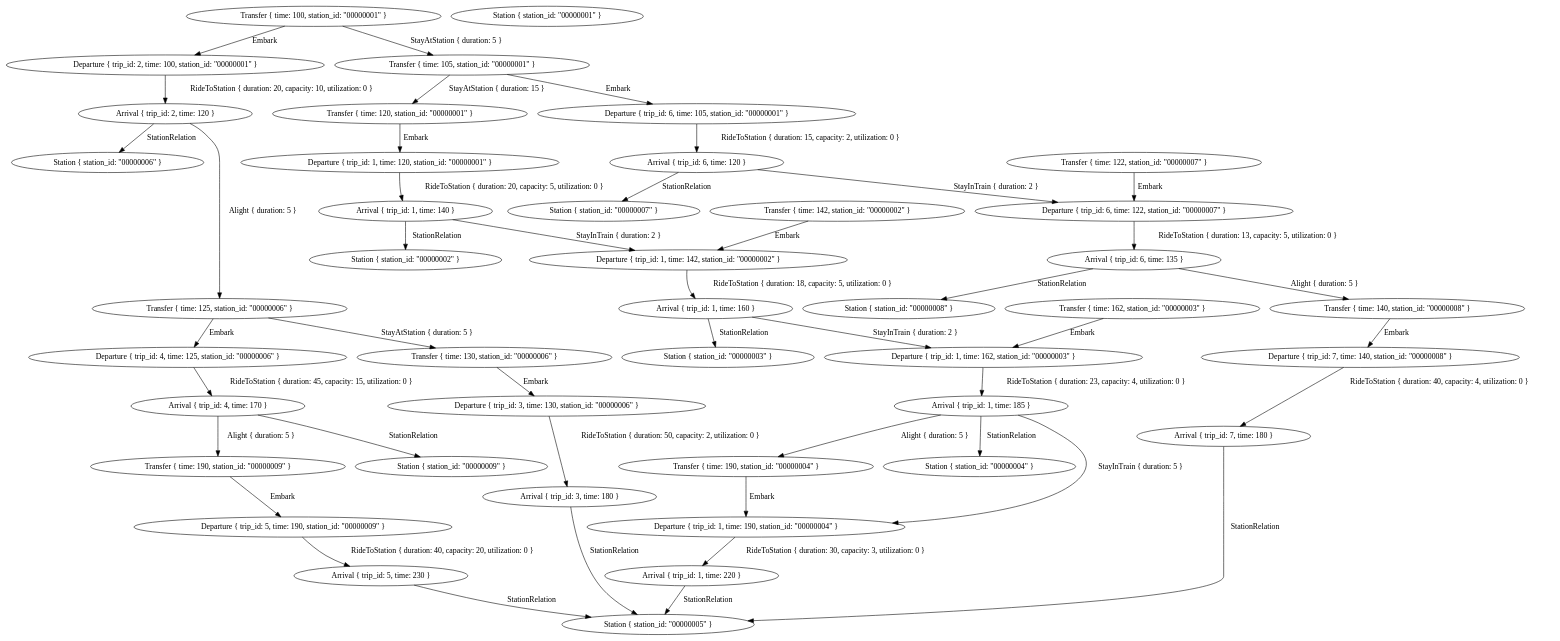
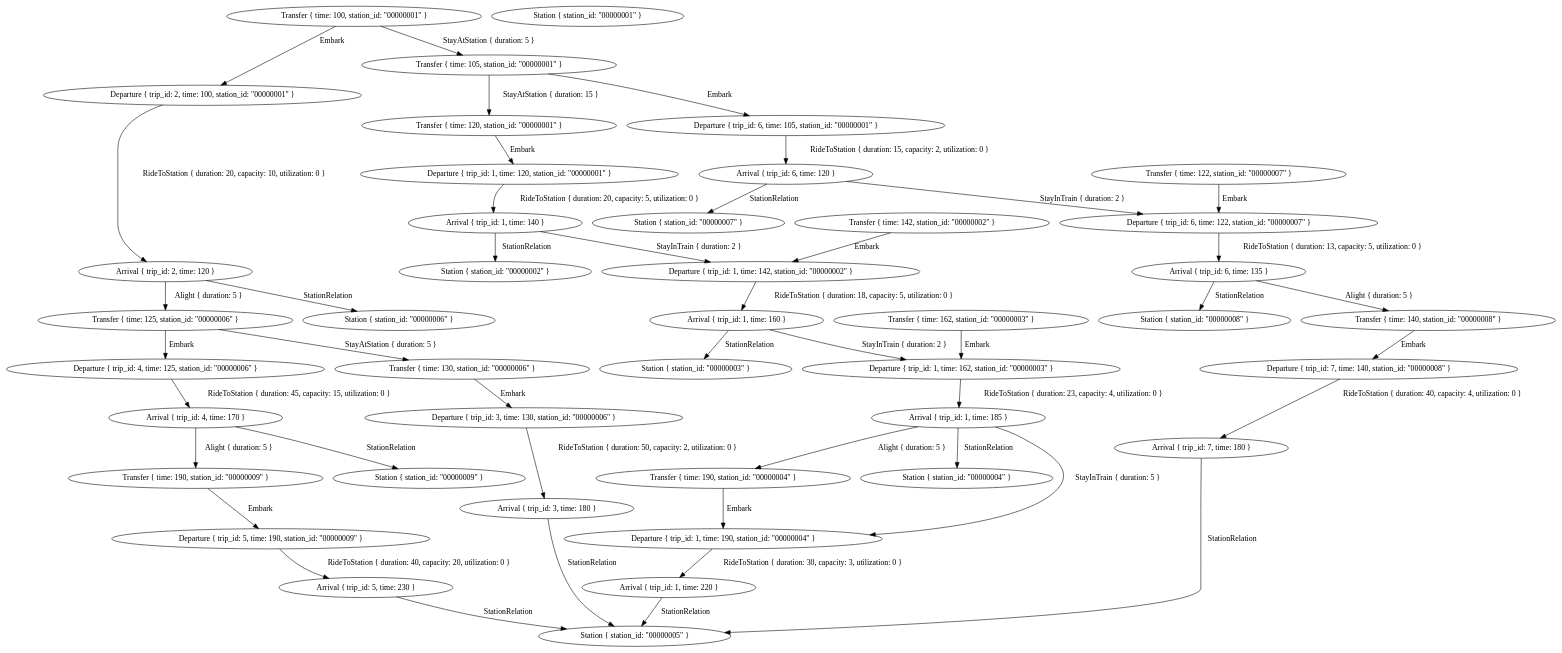
One commit to eliaswendt/mcfp-optimizer changed the diagram in graphs/graph.dot. Above: the diagram before and after it, drawn with Graphviz. The commit also changed 4 other files, not shown here.

```diff
--- a/graphs/graph.dot
+++ b/graphs/graph.dot
@@ -1,88 +1,88 @@
 digraph {
-    0 [ label = "Arrival { trip_id: 3, time: 180 }" ]
-    1 [ label = "Departure { trip_id: 3, time: 130, station_id: \"00000006\" }" ]
-    2 [ label = "Arrival { trip_id: 1, time: 185 }" ]
-    3 [ label = "Departure { trip_id: 1, time: 162, station_id: \"00000003\" }" ]
-    4 [ label = "Arrival { trip_id: 5, time: 230 }" ]
-    5 [ label = "Departure { trip_id: 5, time: 190, station_id: \"00000009\" }" ]
-    6 [ label = "Arrival { trip_id: 1, time: 160 }" ]
-    7 [ label = "Departure { trip_id: 1, time: 142, station_id: \"00000002\" }" ]
-    8 [ label = "Arrival { trip_id: 1, time: 140 }" ]
-    9 [ label = "Departure { trip_id: 1, time: 120, station_id: \"00000001\" }" ]
-    10 [ label = "Arrival { trip_id: 7, time: 180 }" ]
-    11 [ label = "Departure { trip_id: 7, time: 140, station_id: \"00000008\" }" ]
-    12 [ label = "Arrival { trip_id: 1, time: 220 }" ]
-    13 [ label = "Departure { trip_id: 1, time: 190, station_id: \"00000004\" }" ]
-    14 [ label = "Arrival { trip_id: 6, time: 120 }" ]
-    15 [ label = "Departure { trip_id: 6, time: 105, station_id: \"00000001\" }" ]
-    16 [ label = "Arrival { trip_id: 4, time: 170 }" ]
-    17 [ label = "Departure { trip_id: 4, time: 125, station_id: \"00000006\" }" ]
-    18 [ label = "Arrival { trip_id: 6, time: 135 }" ]
-    19 [ label = "Departure { trip_id: 6, time: 122, station_id: \"00000007\" }" ]
-    20 [ label = "Arrival { trip_id: 2, time: 120 }" ]
-    21 [ label = "Departure { trip_id: 2, time: 100, station_id: \"00000001\" }" ]
+    0 [ label = "Arrival { trip_id: 7, time: 180 }" ]
+    1 [ label = "Departure { trip_id: 7, time: 140, station_id: \"00000008\" }" ]
+    2 [ label = "Arrival { trip_id: 2, time: 120 }" ]
+    3 [ label = "Departure { trip_id: 2, time: 100, station_id: \"00000001\" }" ]
+    4 [ label = "Arrival { trip_id: 3, time: 180 }" ]
+    5 [ label = "Departure { trip_id: 3, time: 130, station_id: \"00000006\" }" ]
+    6 [ label = "Arrival { trip_id: 6, time: 120 }" ]
+    7 [ label = "Departure { trip_id: 6, time: 105, station_id: \"00000001\" }" ]
+    8 [ label = "Arrival { trip_id: 6, time: 135 }" ]
+    9 [ label = "Departure { trip_id: 6, time: 122, station_id: \"00000007\" }" ]
+    10 [ label = "Arrival { trip_id: 1, time: 160 }" ]
+    11 [ label = "Departure { trip_id: 1, time: 142, station_id: \"00000002\" }" ]
+    12 [ label = "Arrival { trip_id: 4, time: 170 }" ]
+    13 [ label = "Departure { trip_id: 4, time: 125, station_id: \"00000006\" }" ]
+    14 [ label = "Arrival { trip_id: 1, time: 220 }" ]
+    15 [ label = "Departure { trip_id: 1, time: 190, station_id: \"00000004\" }" ]
+    16 [ label = "Arrival { trip_id: 5, time: 230 }" ]
+    17 [ label = "Departure { trip_id: 5, time: 190, station_id: \"00000009\" }" ]
+    18 [ label = "Arrival { trip_id: 1, time: 185 }" ]
+    19 [ label = "Departure { trip_id: 1, time: 162, station_id: \"00000003\" }" ]
+    20 [ label = "Arrival { trip_id: 1, time: 140 }" ]
+    21 [ label = "Departure { trip_id: 1, time: 120, station_id: \"00000001\" }" ]
     22 [ label = "Station { station_id: \"00000006\" }" ]
-    23 [ label = "Transfer { time: 125, station_id: \"00000006\" }" ]
-    24 [ label = "Transfer { time: 130, station_id: \"00000006\" }" ]
-    25 [ label = "Station { station_id: \"00000008\" }" ]
-    26 [ label = "Transfer { time: 140, station_id: \"00000008\" }" ]
-    27 [ label = "Station { station_id: \"00000009\" }" ]
-    28 [ label = "Transfer { time: 190, station_id: \"00000009\" }" ]
-    29 [ label = "Station { station_id: \"00000001\" }" ]
-    30 [ label = "Transfer { time: 120, station_id: \"00000001\" }" ]
-    31 [ label = "Transfer { time: 105, station_id: \"00000001\" }" ]
-    32 [ label = "Transfer { time: 100, station_id: \"00000001\" }" ]
-    33 [ label = "Station { station_id: \"00000007\" }" ]
-    34 [ label = "Transfer { time: 122, station_id: \"00000007\" }" ]
-    35 [ label = "Station { station_id: \"00000002\" }" ]
-    36 [ label = "Transfer { time: 142, station_id: \"00000002\" }" ]
-    37 [ label = "Station { station_id: \"00000005\" }" ]
-    38 [ label = "Station { station_id: \"00000004\" }" ]
-    39 [ label = "Transfer { time: 190, station_id: \"00000004\" }" ]
-    40 [ label = "Station { station_id: \"00000003\" }" ]
-    41 [ label = "Transfer { time: 162, station_id: \"00000003\" }" ]
-    1 -> 0 [ label = "RideToStation { duration: 50, capacity: 2, utilization: 0 }" ]
-    3 -> 2 [ label = "RideToStation { duration: 23, capacity: 4, utilization: 0 }" ]
-    5 -> 4 [ label = "RideToStation { duration: 40, capacity: 20, utilization: 0 }" ]
-    7 -> 6 [ label = "RideToStation { duration: 18, capacity: 5, utilization: 0 }" ]
-    9 -> 8 [ label = "RideToStation { duration: 20, capacity: 5, utilization: 0 }" ]
-    11 -> 10 [ label = "RideToStation { duration: 40, capacity: 4, utilization: 0 }" ]
-    13 -> 12 [ label = "RideToStation { duration: 30, capacity: 3, utilization: 0 }" ]
-    15 -> 14 [ label = "RideToStation { duration: 15, capacity: 2, utilization: 0 }" ]
-    17 -> 16 [ label = "RideToStation { duration: 45, capacity: 15, utilization: 0 }" ]
-    19 -> 18 [ label = "RideToStation { duration: 13, capacity: 5, utilization: 0 }" ]
-    21 -> 20 [ label = "RideToStation { duration: 20, capacity: 10, utilization: 0 }" ]
-    23 -> 17 [ label = "Embark" ]
-    24 -> 1 [ label = "Embark" ]
-    23 -> 24 [ label = "StayAtStation { duration: 5 }" ]
-    20 -> 22 [ label = "StationRelation" ]
-    20 -> 23 [ label = "Alight { duration: 5 }" ]
+    23 [ label = "Transfer { time: 130, station_id: \"00000006\" }" ]
+    24 [ label = "Transfer { time: 125, station_id: \"00000006\" }" ]
+    25 [ label = "Station { station_id: \"00000002\" }" ]
+    26 [ label = "Transfer { time: 142, station_id: \"00000002\" }" ]
+    27 [ label = "Station { station_id: \"00000005\" }" ]
+    28 [ label = "Station { station_id: \"00000007\" }" ]
+    29 [ label = "Transfer { time: 122, station_id: \"00000007\" }" ]
+    30 [ label = "Station { station_id: \"00000003\" }" ]
+    31 [ label = "Transfer { time: 162, station_id: \"00000003\" }" ]
+    32 [ label = "Station { station_id: \"00000001\" }" ]
+    33 [ label = "Transfer { time: 120, station_id: \"00000001\" }" ]
+    34 [ label = "Transfer { time: 100, station_id: \"00000001\" }" ]
+    35 [ label = "Transfer { time: 105, station_id: \"00000001\" }" ]
+    36 [ label = "Station { station_id: \"00000004\" }" ]
+    37 [ label = "Transfer { time: 190, station_id: \"00000004\" }" ]
+    38 [ label = "Station { station_id: \"00000009\" }" ]
+    39 [ label = "Transfer { time: 190, station_id: \"00000009\" }" ]
+    40 [ label = "Station { station_id: \"00000008\" }" ]
+    41 [ label = "Transfer { time: 140, station_id: \"00000008\" }" ]
+    1 -> 0 [ label = "RideToStation { duration: 40, capacity: 4, utilization: 0 }" ]
+    3 -> 2 [ label = "RideToStation { duration: 20, capacity: 10, utilization: 0 }" ]
+    5 -> 4 [ label = "RideToStation { duration: 50, capacity: 2, utilization: 0 }" ]
+    7 -> 6 [ label = "RideToStation { duration: 15, capacity: 2, utilization: 0 }" ]
+    9 -> 8 [ label = "RideToStation { duration: 13, capacity: 5, utilization: 0 }" ]
+    11 -> 10 [ label = "RideToStation { duration: 18, capacity: 5, utilization: 0 }" ]
+    13 -> 12 [ label = "RideToStation { duration: 45, capacity: 15, utilization: 0 }" ]
+    15 -> 14 [ label = "RideToStation { duration: 30, capacity: 3, utilization: 0 }" ]
+    17 -> 16 [ label = "RideToStation { duration: 40, capacity: 20, utilization: 0 }" ]
+    19 -> 18 [ label = "RideToStation { duration: 23, capacity: 4, utilization: 0 }" ]
+    21 -> 20 [ label = "RideToStation { duration: 20, capacity: 5, utilization: 0 }" ]
+    23 -> 5 [ label = "Embark" ]
+    24 -> 13 [ label = "Embark" ]
+    24 -> 23 [ label = "StayAtStation { duration: 5 }" ]
+    2 -> 22 [ label = "StationRelation" ]
+    2 -> 24 [ label = "Alight { duration: 5 }" ]
     26 -> 11 [ label = "Embark" ]
-    18 -> 25 [ label = "StationRelation" ]
-    18 -> 26 [ label = "Alight { duration: 5 }" ]
-    28 -> 5 [ label = "Embark" ]
+    20 -> 11 [ label = "StayInTrain { duration: 2 }" ]
+    20 -> 25 [ label = "StationRelation" ]
+    0 -> 27 [ label = "StationRelation" ]
     16 -> 27 [ label = "StationRelation" ]
-    16 -> 28 [ label = "Alight { duration: 5 }" ]
-    30 -> 9 [ label = "Embark" ]
-    31 -> 15 [ label = "Embark" ]
-    32 -> 21 [ label = "Embark" ]
-    32 -> 31 [ label = "StayAtStation { duration: 5 }" ]
-    31 -> 30 [ label = "StayAtStation { duration: 15 }" ]
-    34 -> 19 [ label = "Embark" ]
-    14 -> 19 [ label = "StayInTrain { duration: 2 }" ]
-    14 -> 33 [ label = "StationRelation" ]
-    36 -> 7 [ label = "Embark" ]
-    8 -> 7 [ label = "StayInTrain { duration: 2 }" ]
-    8 -> 35 [ label = "StationRelation" ]
-    0 -> 37 [ label = "StationRelation" ]
-    4 -> 37 [ label = "StationRelation" ]
-    10 -> 37 [ label = "StationRelation" ]
-    12 -> 37 [ label = "StationRelation" ]
-    39 -> 13 [ label = "Embark" ]
-    2 -> 13 [ label = "StayInTrain { duration: 5 }" ]
-    2 -> 38 [ label = "StationRelation" ]
-    2 -> 39 [ label = "Alight { duration: 5 }" ]
-    41 -> 3 [ label = "Embark" ]
-    6 -> 3 [ label = "StayInTrain { duration: 2 }" ]
-    6 -> 40 [ label = "StationRelation" ]
+    4 -> 27 [ label = "StationRelation" ]
+    14 -> 27 [ label = "StationRelation" ]
+    29 -> 9 [ label = "Embark" ]
+    6 -> 9 [ label = "StayInTrain { duration: 2 }" ]
+    6 -> 28 [ label = "StationRelation" ]
+    31 -> 19 [ label = "Embark" ]
+    10 -> 19 [ label = "StayInTrain { duration: 2 }" ]
+    10 -> 30 [ label = "StationRelation" ]
+    33 -> 21 [ label = "Embark" ]
+    34 -> 3 [ label = "Embark" ]
+    35 -> 7 [ label = "Embark" ]
+    34 -> 35 [ label = "StayAtStation { duration: 5 }" ]
+    35 -> 33 [ label = "StayAtStation { duration: 15 }" ]
+    37 -> 15 [ label = "Embark" ]
+    18 -> 15 [ label = "StayInTrain { duration: 5 }" ]
+    18 -> 36 [ label = "StationRelation" ]
+    18 -> 37 [ label = "Alight { duration: 5 }" ]
+    39 -> 17 [ label = "Embark" ]
+    12 -> 38 [ label = "StationRelation" ]
+    12 -> 39 [ label = "Alight { duration: 5 }" ]
+    41 -> 1 [ label = "Embark" ]
+    8 -> 40 [ label = "StationRelation" ]
+    8 -> 41 [ label = "Alight { duration: 5 }" ]
 }
```
